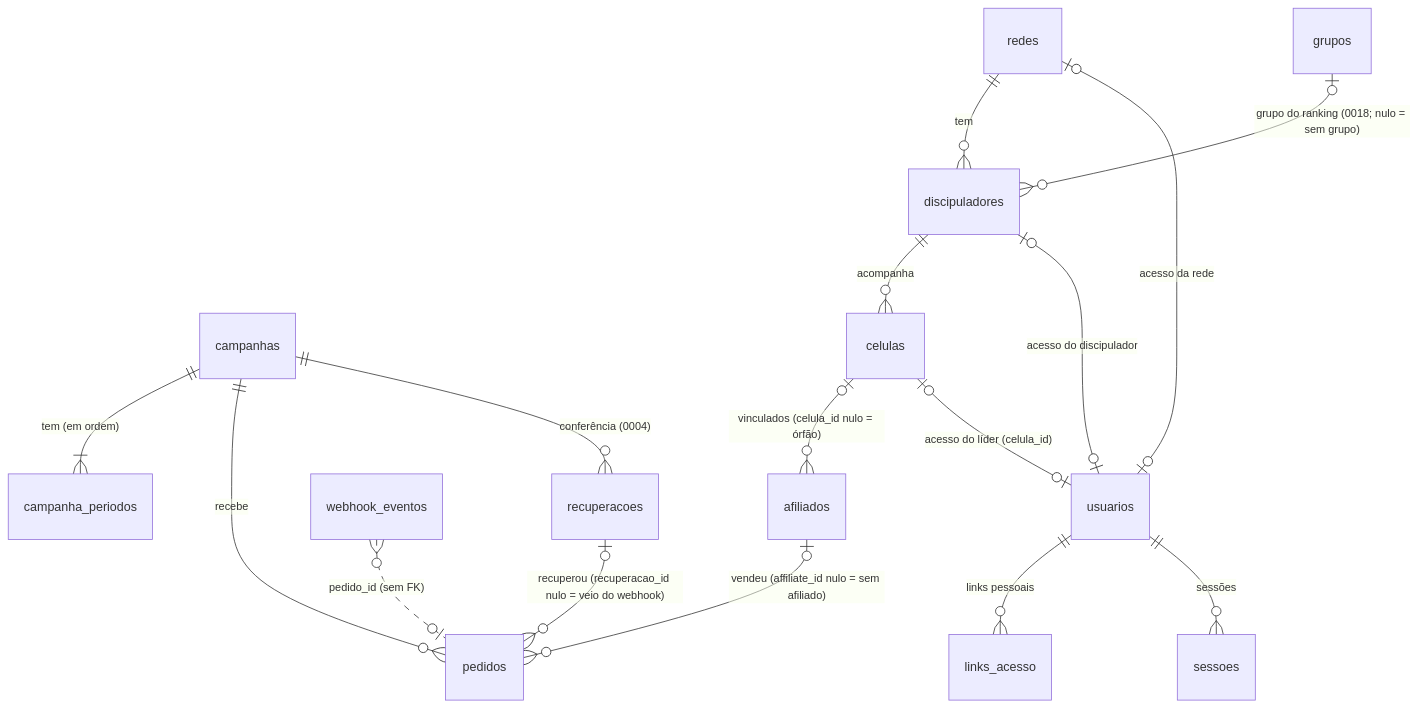
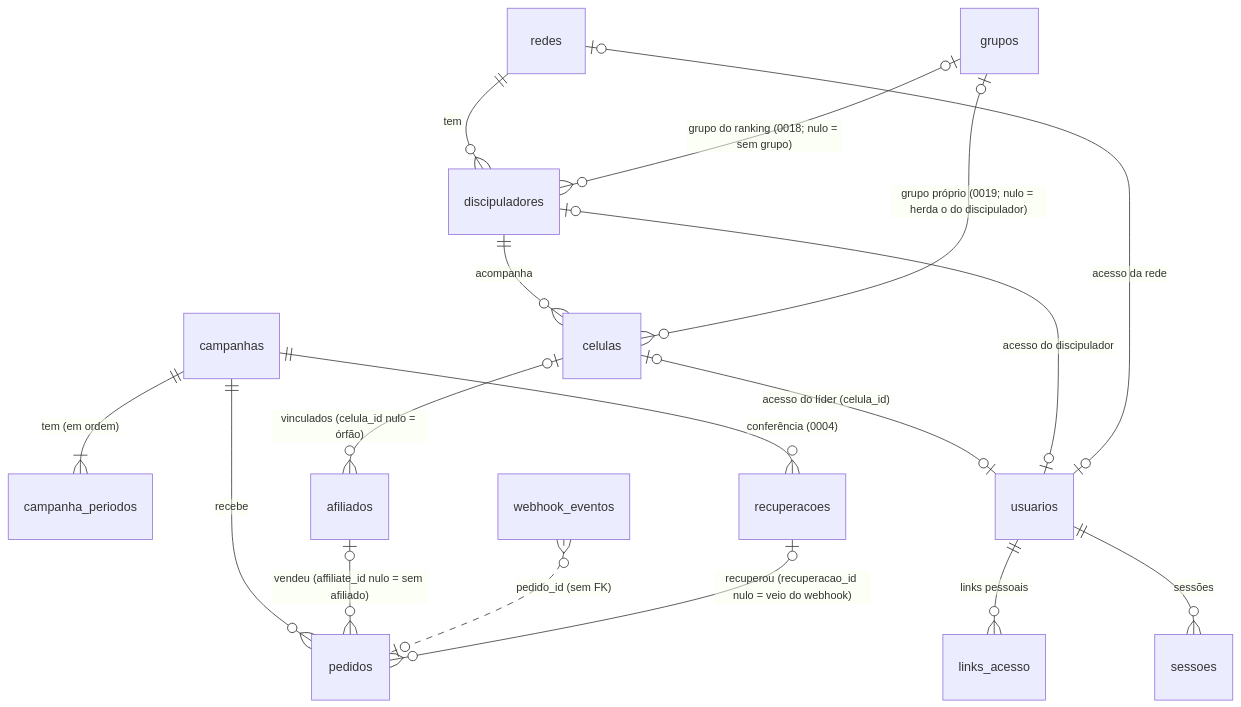
Before and after one commit to othiagomadruga/rifa-videira-kids: the diagram in docs/modelo-de-dados.md, drawn with Mermaid. The commit also changed other lines of this file and 3 other files, not shown here.

First line of the commit message:
RIFA-085: docs: adendo da D39, api.md, modelo-de-dados.md e frontend.md (grupo próprio da célula)

````diff
--- a/docs/modelo-de-dados.md
+++ b/docs/modelo-de-dados.md
@@ -16,18 +16,19 @@
 ```mermaid
 erDiagram
   campanhas ||--|{ campanha_periodos : "tem (em ordem)"
   campanhas ||--o{ pedidos : "recebe"
   redes ||--o{ discipuladores : "tem"
   discipuladores ||--o{ celulas : "acompanha"
   grupos |o--o{ discipuladores : "grupo do ranking (0018; nulo = sem grupo)"
+  grupos |o--o{ celulas : "grupo próprio (0019; nulo = herda o do discipulador)"
   celulas |o--o{ afiliados : "vinculados (celula_id nulo = órfão)"
   afiliados |o--o{ pedidos : "vendeu (affiliate_id nulo = sem afiliado)"
   webhook_eventos }o..o| pedidos : "pedido_id (sem FK)"
   campanhas ||--o{ recuperacoes : "conferência (0004)"
   recuperacoes |o--o{ pedidos : "recuperou (recuperacao_id nulo = veio do webhook)"
   celulas |o--o| usuarios : "acesso do líder (celula_id)"
   discipuladores |o--o| usuarios : "acesso do discipulador"
   redes |o--o| usuarios : "acesso da rede"
   usuarios ||--o{ links_acesso : "links pessoais"
   usuarios ||--o{ sessoes : "sessões"
 ```
````
